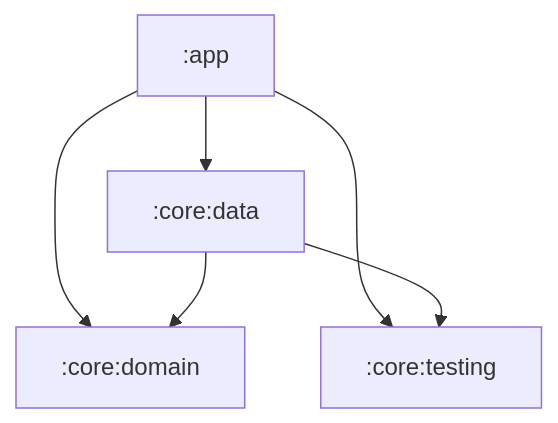
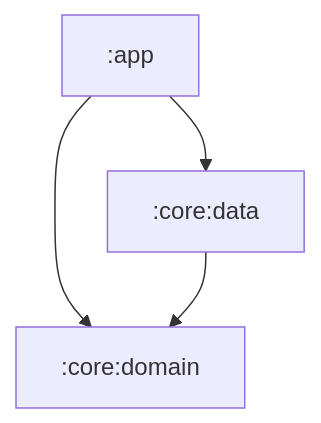
The diagram in docs/specs/project_structure.md (cask-labs/locus), drawn with Mermaid before and after one commit. The commit also changed other lines of this file and 2 other files, not shown here.

First line of the commit message:
Remove snake_case testing convention example

````diff
--- a/docs/specs/project_structure.md
+++ b/docs/specs/project_structure.md
@@ -13,8 +13,6 @@
 ```mermaid
 graph TD
     App[:app] --> Data[:core:data]
     App[:app] --> Domain[:core:domain]
     Data[:core:data] --> Domain[:core:domain]
-    App[:app] --> Testing[:core:testing]
-    Data[:core:data] --> Testing[:core:testing]
 ```
````
